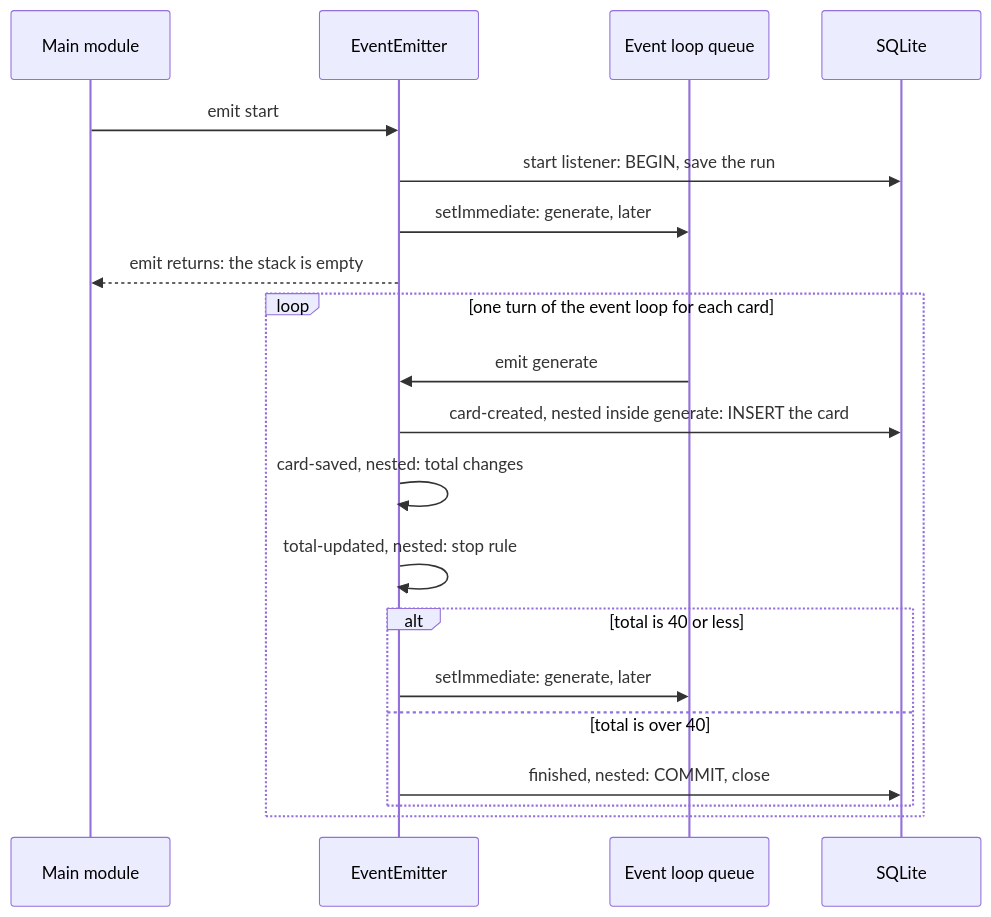
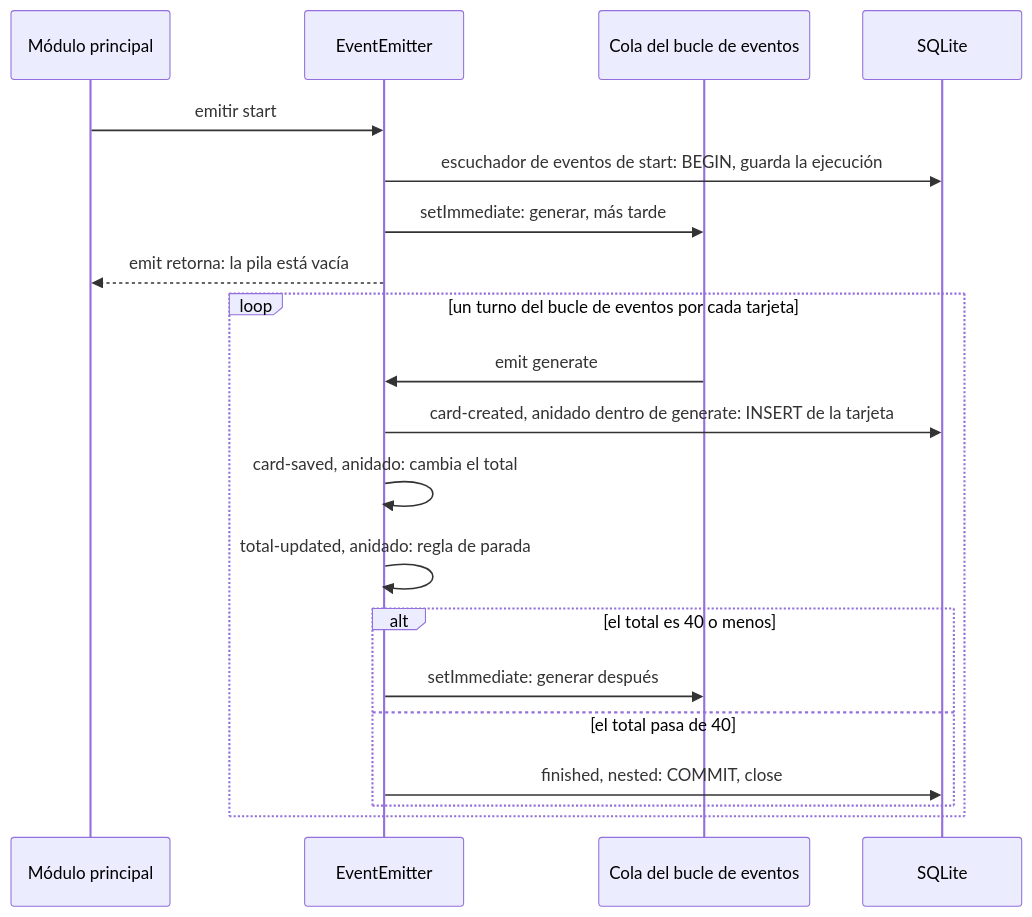
Before and after one commit to dullroar/aprende-a-programar-como-un-bicho-raro: the diagram in src/javascript-events/README.md, drawn with Mermaid. The commit also changed other lines of this file and 16 other files, not shown here.

Commit message:
loop(P4-src-8): haskell-weird, haskell, javascript-events READMEs translated (200 segments); comma, spelled-out number, idiom, heading and gloss fixes, verb and identifier waivers; anchors relinked

````diff
--- a/src/javascript-events/README.md
+++ b/src/javascript-events/README.md
@@ -71,24 +71,24 @@
 ```mermaid
 sequenceDiagram
-    accTitle: javascript-events: emit is a call, setImmediate is a later turn
-    accDescr: A sequence diagram. The main module emits start. The listener for start opens the database, begins a transaction and saves the run, then asks the event loop for the generate event on a later turn with setImmediate. Emit returns and the call stack is empty. On a later turn the event loop emits generate. The generate listener makes a card and emits card-created, whose listener runs at once inside the same call and saves the card to SQLite. That listener emits card-saved, whose listener updates the total and prints the row. That listener emits total-updated. If the total is 40 or less, its listener asks the event loop for the next generate on a later turn, and the stack unwinds. If the total is over 40, it emits finished, whose listener commits, prints and closes. A throw in any listener emits failed, which rolls back and reports once.
-    participant M as Main module
+    accTitle: javascript-events: emit es una llamada, setImmediate es un turno posterior
+    accDescr: Un diagrama de secuencia. El módulo principal emite start. El escuchador de eventos de start abre la base de datos, inicia una transacción y guarda la ejecución. Después pide al bucle de eventos el evento generate para un turno posterior con setImmediate. La llamada a emit termina y la pila de llamadas queda vacía. En un turno posterior, el bucle de eventos emite generate. El escuchador de generate crea una tarjeta y emite card-created. El escuchador de card-created se ejecuta de inmediato dentro de la misma llamada y guarda la tarjeta en SQLite. Ese escuchador emite card-saved, cuyo escuchador actualiza el total e imprime la fila. Ese escuchador emite total-updated. Si el total no pasa de 40, el escuchador de total-updated pide al bucle de eventos el siguiente generate para un turno posterior y la pila se desenrolla. Si el total pasa de 40, emite finished, cuyo escuchador confirma la transacción, imprime y cierra. Un throw en cualquier escuchador emite failed, que revierte la transacción e informa una sola vez.
+    participant M as Módulo principal
     participant E as EventEmitter
-    participant Q as Event loop queue
+    participant Q as Cola del bucle de eventos
     participant D as SQLite
-    M->>E: emit start
-    E->>D: start listener: BEGIN, save the run
-    E->>Q: setImmediate: generate, later
-    E-->>M: emit returns: the stack is empty
-    loop one turn of the event loop for each card
+    M->>E: emitir start
+    E->>D: escuchador de eventos de start: BEGIN, guarda la ejecución
+    E->>Q: setImmediate: generar, más tarde
+    E-->>M: emit retorna: la pila está vacía
+    loop un turno del bucle de eventos por cada tarjeta
         Q->>E: emit generate
-        E->>D: card-created, nested inside generate: INSERT the card
-        E->>E: card-saved, nested: total changes
-        E->>E: total-updated, nested: stop rule
-        alt total is 40 or less
-            E->>Q: setImmediate: generate, later
-        else total is over 40
+        E->>D: card-created, anidado dentro de generate: INSERT de la tarjeta
+        E->>E: card-saved, anidado: cambia el total
+        E->>E: total-updated, anidado: regla de parada
+        alt el total es 40 o menos
+            E->>Q: setImmediate: generar después
+        else el total pasa de 40
             E->>D: finished, nested: COMMIT, close
         end
     end
 ```
````
